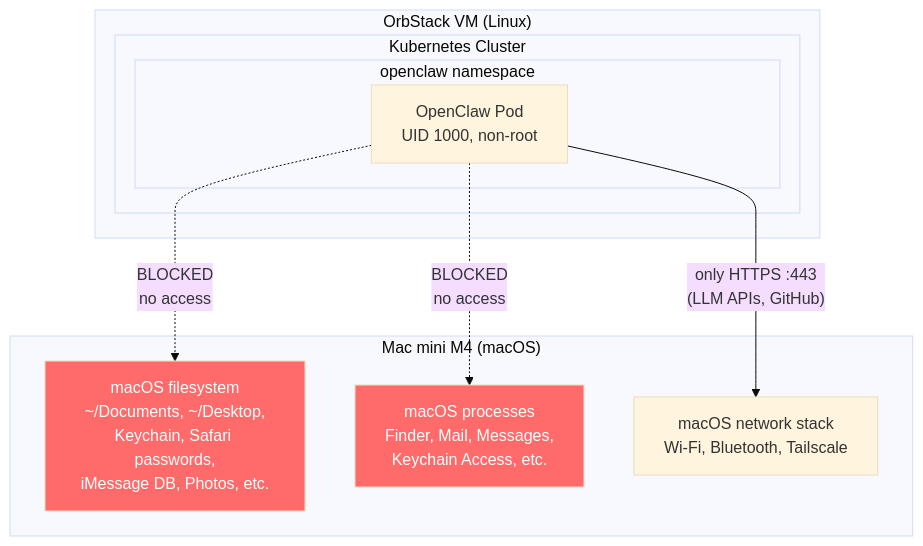
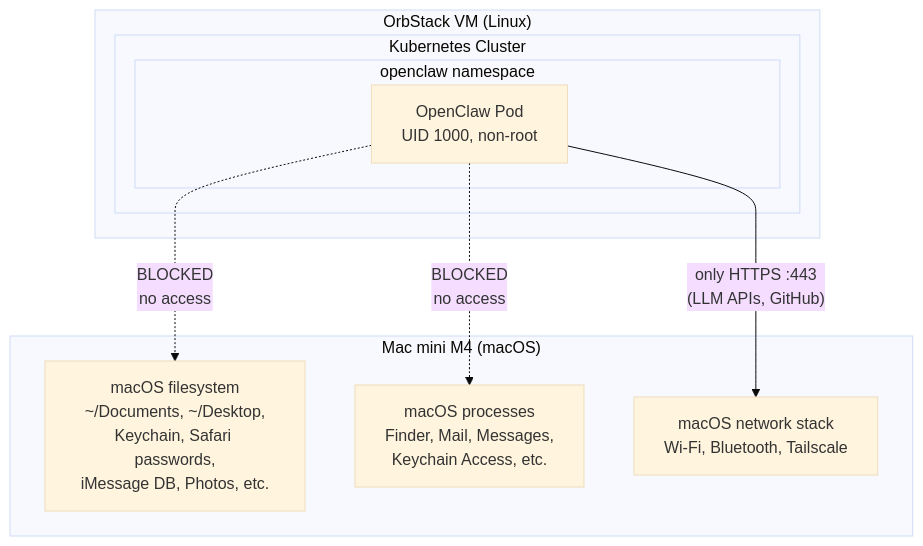
Before and after one commit to haingth77/homelab: the fifth of 7 diagrams in docs/security.md, drawn with Mermaid (base theme). The commit also changed other lines of this file and 4 other files, not shown here.

First line of the commit message:
fix: switch mermaid rendering to Material native format and audit diagrams (#82)

````diff
--- a/docs/security.md
+++ b/docs/security.md
@@ -425,23 +425,20 @@
 ```mermaid
 flowchart TD
     subgraph host["Mac mini M4 (macOS)"]
         FS["macOS filesystem\n~/Documents, ~/Desktop,\nKeychain, Safari passwords,\niMessage DB, Photos, etc."]
         Procs["macOS processes\nFinder, Mail, Messages,\nKeychain Access, etc."]
         Net["macOS network stack\nWi-Fi, Bluetooth, Tailscale"]
     end
 
     subgraph orbstack["OrbStack VM (Linux)"]
         subgraph k8s["Kubernetes Cluster"]
             subgraph openclawNs["openclaw namespace"]
                 Pod["OpenClaw Pod\nUID 1000, non-root"]
             end
         end
     end
 
     Pod -. "BLOCKED\nno access" .-> FS
     Pod -. "BLOCKED\nno access" .-> Procs
     Pod -- "only HTTPS :443\n(LLM APIs, GitHub)" --> Net
-
-    style FS fill:#ff6b6b,color:#fff
-    style Procs fill:#ff6b6b,color:#fff
 ```
````
